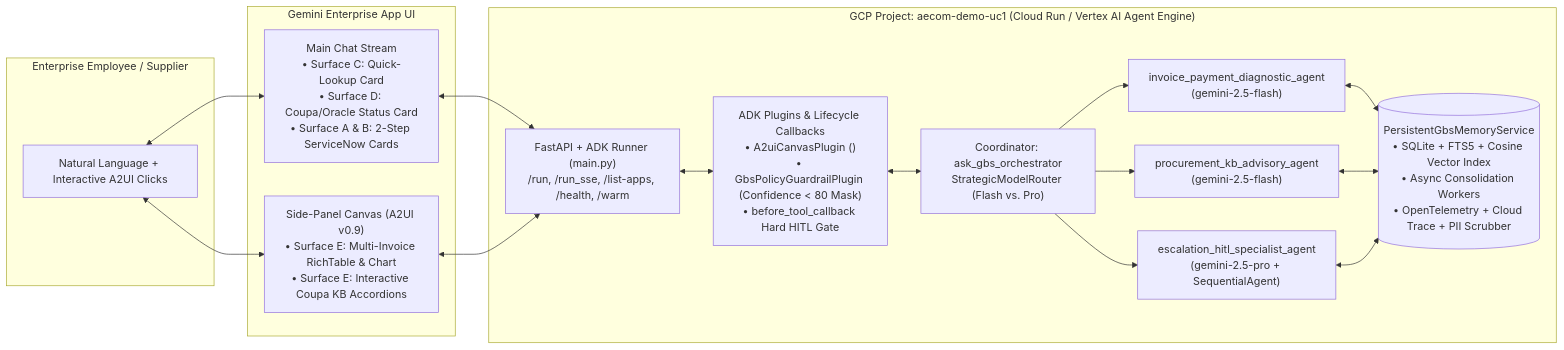
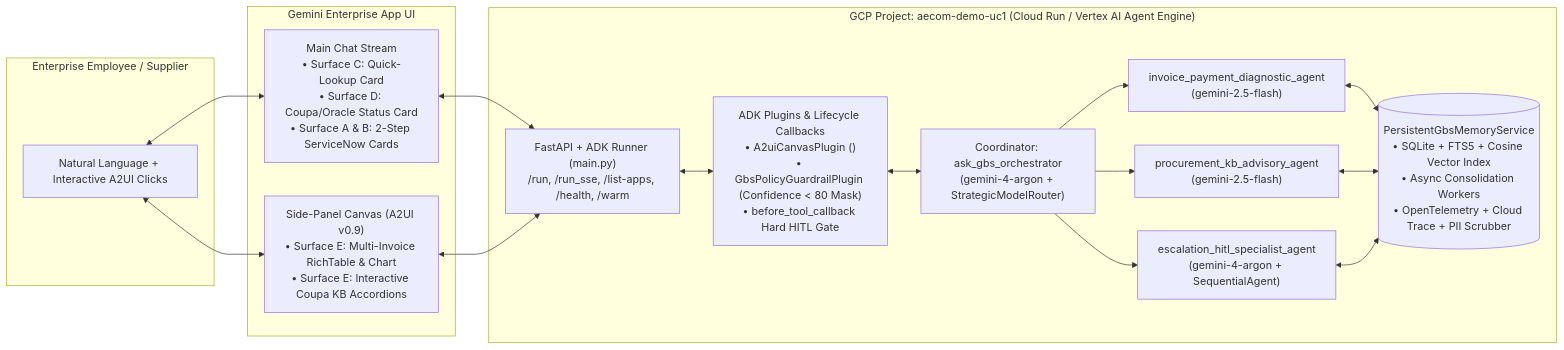
The diagram in README.md (cchidi-google/ask-gbs-agent), drawn with Mermaid before and after one commit. The commit also changed other lines of this file and 10 other files, not shown here.

Commit message:
feat: switch frontier orchestration and escalation tier to Gemini 4 Argon (gemini-4-argon)

````diff
--- a/README.md
+++ b/README.md
@@ -23,34 +23,34 @@
 ```mermaid
 flowchart LR
     subgraph UserLayer["Enterprise Employee / Supplier"]
         User["Natural Language + Interactive A2UI Clicks"]
     end
 
     subgraph GeminiEnterprise["Gemini Enterprise App UI"]
         Chat["Main Chat Stream\n• Surface C: Quick-Lookup Card\n• Surface D: Coupa/Oracle Status Card\n• Surface A & B: 2-Step ServiceNow Cards"]
         Canvas["Side-Panel Canvas (A2UI v0.9)\n• Surface E: Multi-Invoice RichTable & Chart\n• Surface E: Interactive Coupa KB Accordions"]
     end
 
     subgraph Runtime["GCP Project: aecom-demo-uc1 (Cloud Run / Vertex AI Agent Engine)"]
         FastAPI["FastAPI + ADK Runner (main.py)\n/run, /run_sse, /list-apps, /health, /warm"]
         Plugins["ADK Plugins & Lifecycle Callbacks\n• A2uiCanvasPlugin (<a2a_datapart_json>)\n• GbsPolicyGuardrailPlugin (Confidence < 80 Mask)\n• before_tool_callback Hard HITL Gate"]
-        Coord["Coordinator: ask_gbs_orchestrator\nStrategicModelRouter (Flash vs. Pro)"]
+        Coord["Coordinator: ask_gbs_orchestrator\n(gemini-4-argon + StrategicModelRouter)"]
         Diag["invoice_payment_diagnostic_agent\n(gemini-2.5-flash)"]
         KB["procurement_kb_advisory_agent\n(gemini-2.5-flash)"]
-        Esc["escalation_hitl_specialist_agent\n(gemini-2.5-pro + SequentialAgent)"]
+        Esc["escalation_hitl_specialist_agent\n(gemini-4-argon + SequentialAgent)"]
         Mem[("PersistentGbsMemoryService\n• SQLite + FTS5 + Cosine Vector Index\n• Async Consolidation Workers\n• OpenTelemetry + Cloud Trace + PII Scrubber")]
     end
 
     User <--> Chat
     User <--> Canvas
     Chat <--> FastAPI
     Canvas <--> FastAPI
     FastAPI <--> Plugins
     Plugins <--> Coord
     Coord --> Diag
     Coord --> KB
     Coord --> Esc
     Diag <--> Mem
     KB <--> Mem
     Esc <--> Mem
 ```
````
